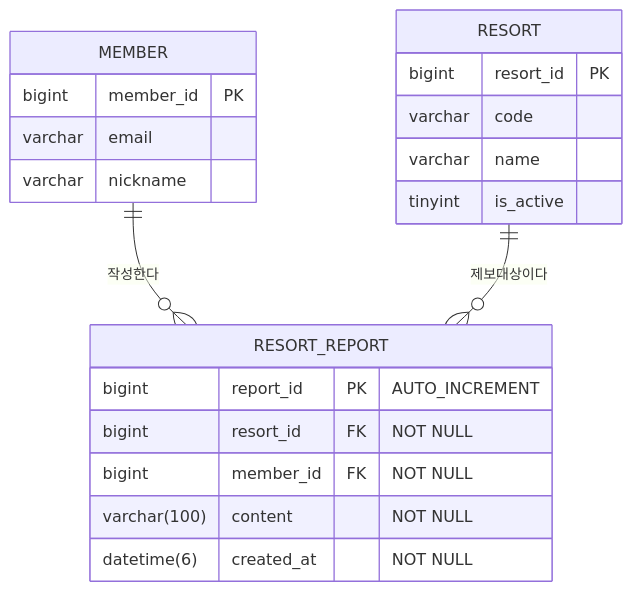
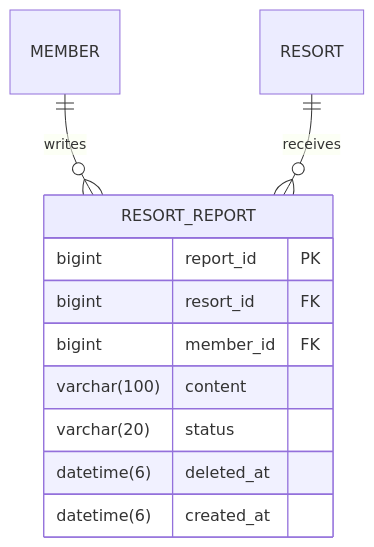
The diagram in docs/conception/007_resort_report/03_erd.md (devikae/snowthing), drawn with Mermaid before and after one commit. The commit also changed other lines of this file and 32 other files, not shown here.

````diff
--- a/docs/conception/007_resort_report/03_erd.md
+++ b/docs/conception/007_resort_report/03_erd.md
@@ -5,26 +3,14 @@
 ```mermaid
 erDiagram
-    MEMBER ||--o{ RESORT_REPORT : "작성한다"
-    RESORT ||--o{ RESORT_REPORT : "제보대상이다"
-
-    MEMBER {
-        bigint member_id PK
-        varchar email
-        varchar nickname
-    }
-
-    RESORT {
-        bigint resort_id PK
-        varchar code
-        varchar name
-        tinyint is_active
-    }
-
+    MEMBER ||--o{ RESORT_REPORT : writes
+    RESORT ||--o{ RESORT_REPORT : receives
     RESORT_REPORT {
-        bigint report_id PK "AUTO_INCREMENT"
-        bigint resort_id FK "NOT NULL"
-        bigint member_id FK "NOT NULL"
-        varchar(100) content "NOT NULL"
-        datetime(6) created_at "NOT NULL"
+        bigint report_id PK
+        bigint resort_id FK
+        bigint member_id FK
+        varchar(100) content
+        varchar(20) status
+        datetime(6) deleted_at
+        datetime(6) created_at
     }
 ```
````
